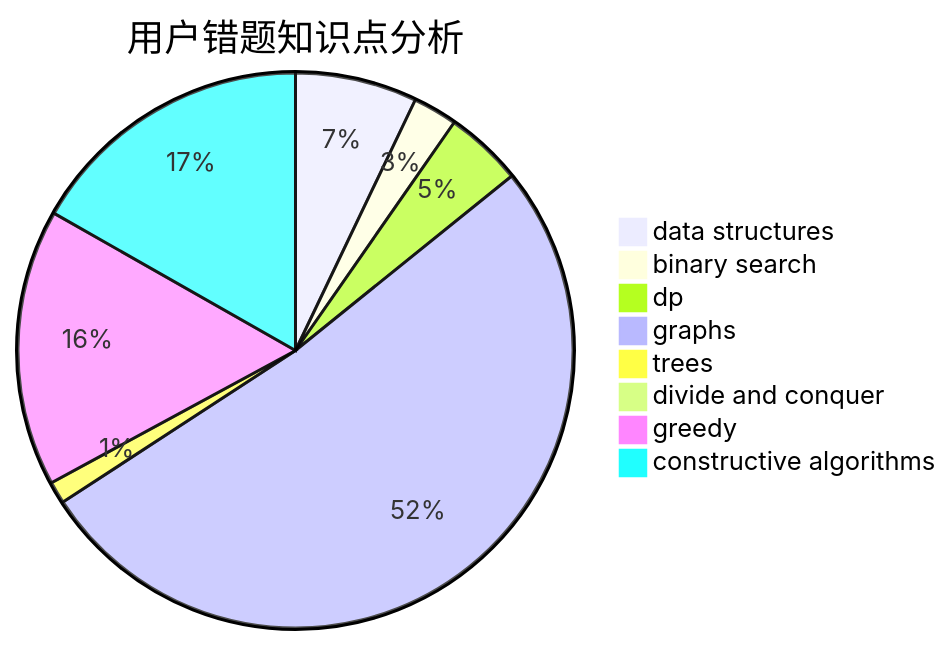
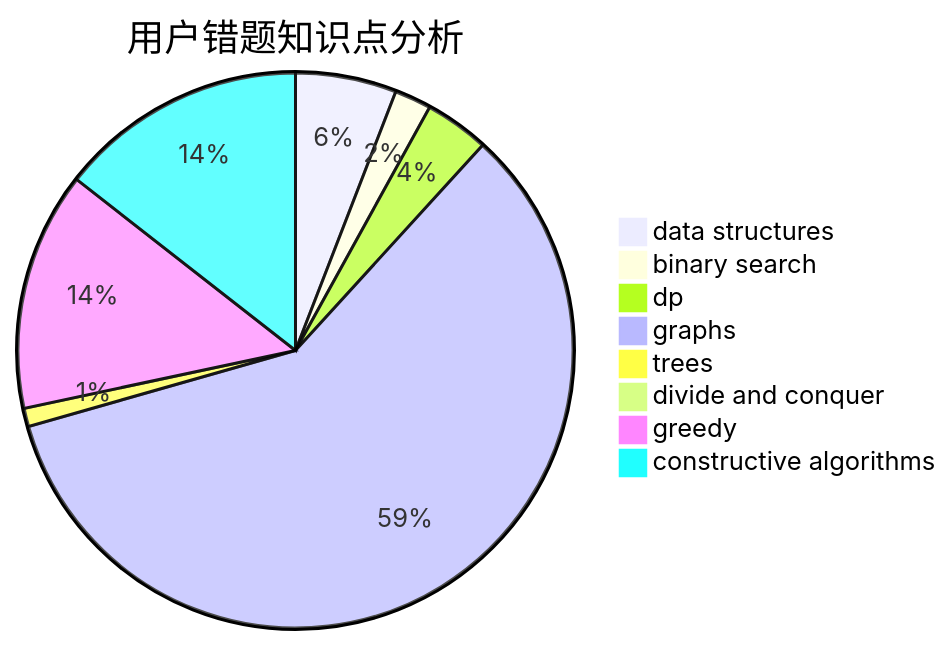
The third of 3 diagrams in docs/user/u553.md (sherpahu/cfrs.github.io), drawn with Mermaid before and after one commit. The commit also changed other lines of this file and 2770 other files, not shown here.

````diff
--- a/docs/user/u553.md
+++ b/docs/user/u553.md
@@ -36,11 +36,11 @@
 ```mermaid
 pie title 用户错题知识点分析
     "data structures" :  11
     "binary search" :  4
     "dp" :  7
-    "graphs" :  80
+    "graphs" :  110
     "trees" :  2
     "divide and conquer" :  0
-    "greedy" :  25
-    "constructive algorithms" :  26
+    "greedy" :  26
+    "constructive algorithms" :  27
 ```
````
